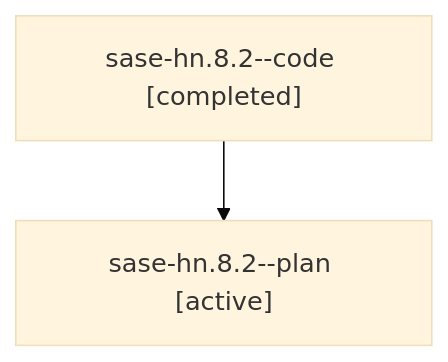
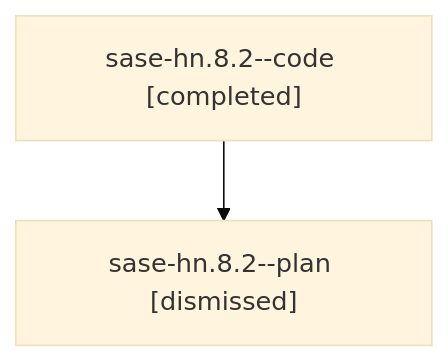
The diagram in sessions/bbugyi200.athena.sase-hn.8.2.md (sase-org/sase--agents), drawn with Mermaid (base theme) before and after one commit. The commit also changed other lines of this file and 100 other files, not shown here.

````diff
--- a/sessions/bbugyi200.athena.sase-hn.8.2.md
+++ b/sessions/bbugyi200.athena.sase-hn.8.2.md
@@ -9,6 +9,6 @@
 ```mermaid
 flowchart TD
   n0["sase-hn.8.2--code [completed]"]
-  n1["sase-hn.8.2--plan [active]"]
+  n1["sase-hn.8.2--plan [dismissed]"]
   n0 --> n1
 ```
````
